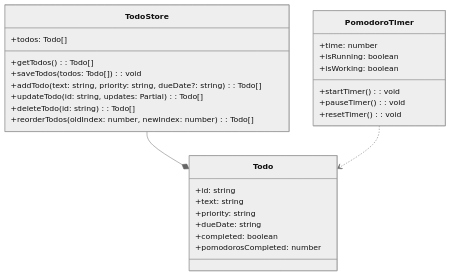
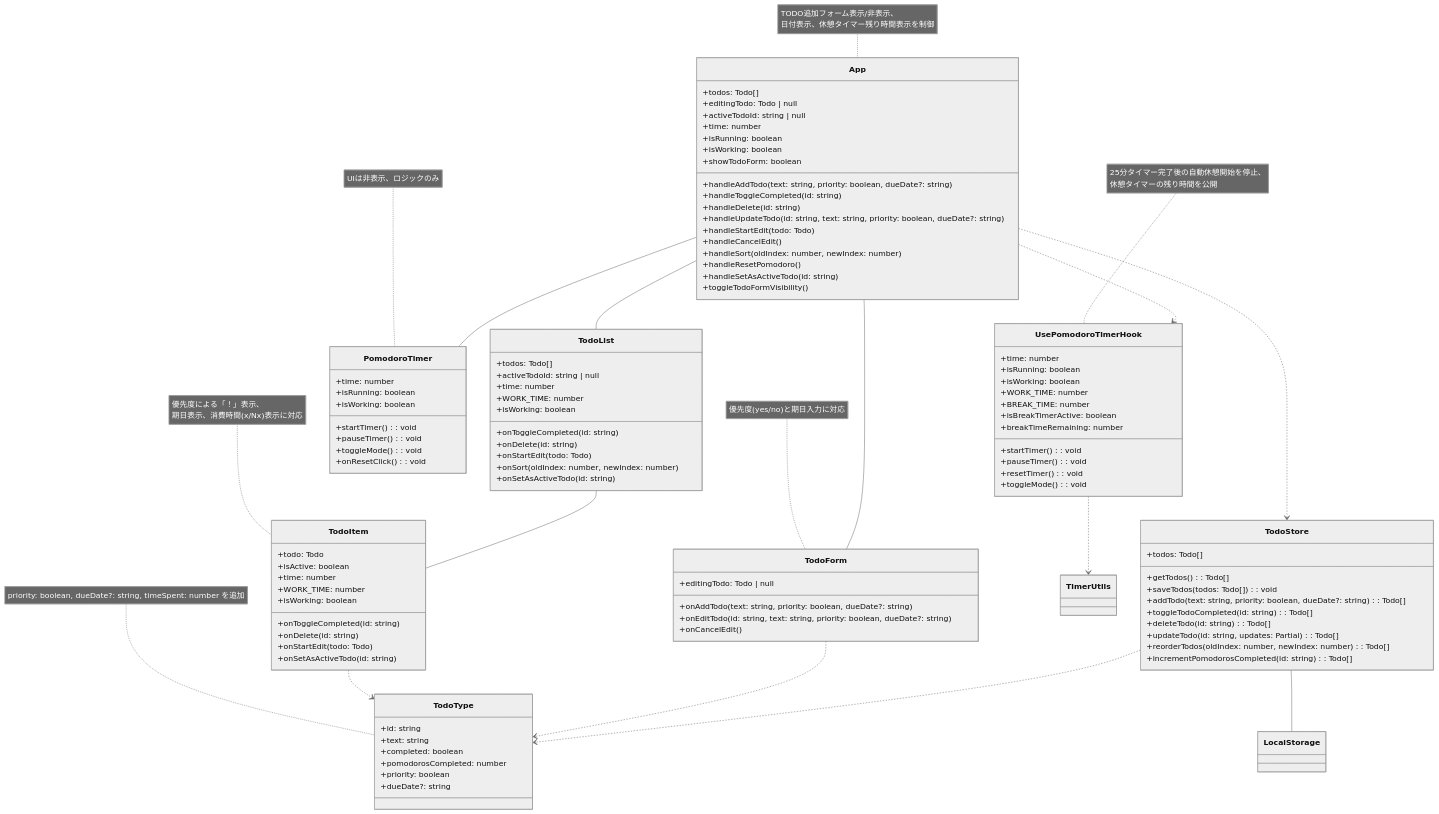
The second of 5 diagrams in docs/design.md (matujuri/ai-workflow), drawn with Mermaid (neutral theme) before and after one commit. The commit also changed other lines of this file and 13 other files, not shown here.

````diff
--- a/docs/design.md
+++ b/docs/design.md
@@ -14,22 +16,55 @@
 ```mermaid
 classDiagram
-    class Todo {
-        +id: string
-        +text: string
-        +priority: string
-        +dueDate: string
-        +completed: boolean
-        +pomodorosCompleted: number
+    class App {
+        +todos: Todo[]
+        +editingTodo: Todo | null
+        +activeTodoId: string | null
+        +time: number
+        +isRunning: boolean
+        +isWorking: boolean
+        +showTodoForm: boolean
+        +handleAddTodo(text: string, priority: boolean, dueDate?: string)
+        +handleToggleCompleted(id: string)
+        +handleDelete(id: string)
+        +handleUpdateTodo(id: string, text: string, priority: boolean, dueDate?: string)
+        +handleStartEdit(todo: Todo)
+        +handleCancelEdit()
+        +handleSort(oldIndex: number, newIndex: number)
+        +handleResetPomodoro()
+        +handleSetAsActiveTodo(id: string)
+        +toggleTodoFormVisibility()
     }
 
-    class TodoStore {
+    class TodoForm {
+        +onAddTodo(text: string, priority: boolean, dueDate?: string)
+        +onEditTodo(id: string, text: string, priority: boolean, dueDate?: string)
+        +editingTodo: Todo | null
+        +onCancelEdit()
+    }
+
+    class TodoList {
         +todos: Todo[]
-        +getTodos(): Todo[]
-        +saveTodos(todos: Todo[]): void
-        +addTodo(text: string, priority: string, dueDate?: string): Todo[]
-        +updateTodo(id: string, updates: Partial<Todo>): Todo[]
-        +deleteTodo(id: string): Todo[]
-        +reorderTodos(oldIndex: number, newIndex: number): Todo[]
+        +onToggleCompleted(id: string)
+        +onDelete(id: string)
+        +onStartEdit(todo: Todo)
+        +onSort(oldIndex: number, newIndex: number)
+        +activeTodoId: string | null
+        +onSetAsActiveTodo(id: string)
+        +time: number
+        +WORK_TIME: number
+        +isWorking: boolean
+    }
+
+    class TodoItem {
+        +todo: Todo
+        +onToggleCompleted(id: string)
+        +onDelete(id: string)
+        +onStartEdit(todo: Todo)
+        +isActive: boolean
+        +onSetAsActiveTodo(id: string)
+        +time: number
+        +WORK_TIME: number
+        +isWorking: boolean
     }
 
     class PomodoroTimer {
@@ -38,9 +73,65 @@
         +isWorking: boolean
         +startTimer(): void
         +pauseTimer(): void
-        +resetTimer(): void
+        +toggleMode(): void
+        +onResetClick(): void
     }
 
-    TodoStore --* Todo
-    PomodoroTimer ..> Todo
+    class TodoStore {
+        +todos: Todo[]
+        +getTodos(): Todo[]
+        +saveTodos(todos: Todo[]): void
+        +addTodo(text: string, priority: boolean, dueDate?: string): Todo[]
+        +toggleTodoCompleted(id: string): Todo[]
+        +deleteTodo(id: string): Todo[]
+        +updateTodo(id: string, updates: Partial<Todo>): Todo[]
+        +reorderTodos(oldIndex: number, newIndex: number): Todo[]
+        +incrementPomodorosCompleted(id: string): Todo[]
+    }
+
+    class UsePomodoroTimerHook {
+        +time: number
+        +isRunning: boolean
+        +isWorking: boolean
+        +startTimer(): void
+        +pauseTimer(): void
+        +resetTimer(): void
+        +toggleMode(): void
+        +WORK_TIME: number
+        +BREAK_TIME: number
+        +isBreakTimerActive: boolean
+        +breakTimeRemaining: number
+    }
+
+    class TodoType {
+        +id: string
+        +text: string
+        +completed: boolean
+        +pomodorosCompleted: number
+        +priority: boolean
+        +dueDate?: string
+    }
+
+    App -- TodoForm
+    App -- TodoList
+    App -- PomodoroTimer
+    App ..> UsePomodoroTimerHook
+    App ..> TodoStore
+    TodoList -- TodoItem
+    TodoItem ..> TodoType
+    TodoForm ..> TodoType
+    TodoStore ..> TodoType
+    TodoStore -- LocalStorage
+    UsePomodoroTimerHook ..> TimerUtils
+
+    note for App "TODO追加フォーム表示/非表示、
+    日付表示、休憩タイマー残り時間表示を制御"
+    note for TodoForm "優先度(yes/no)と期日入力に対応"
+    note for TodoItem "優先度による「！」表示、
+    期日表示、消費時間(x/Nx)表示に対応"
+    note for PomodoroTimer "UIは非表示、ロジックのみ"
+    note for UsePomodoroTimerHook "25分タイマー完了後の自動休憩開始を停止、
+    休憩タイマーの残り時間を公開"
+    note for TodoType "priority: boolean, dueDate?: string, timeSpent: number を追加"
+
 ```
````
